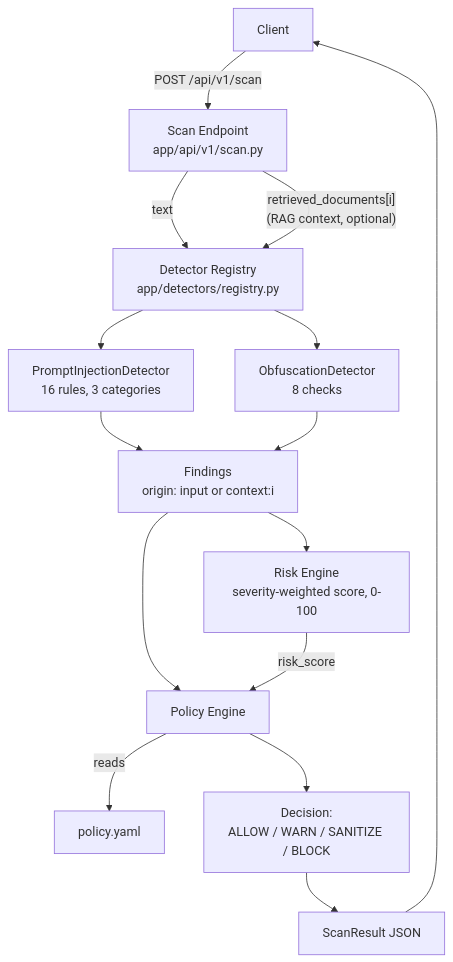
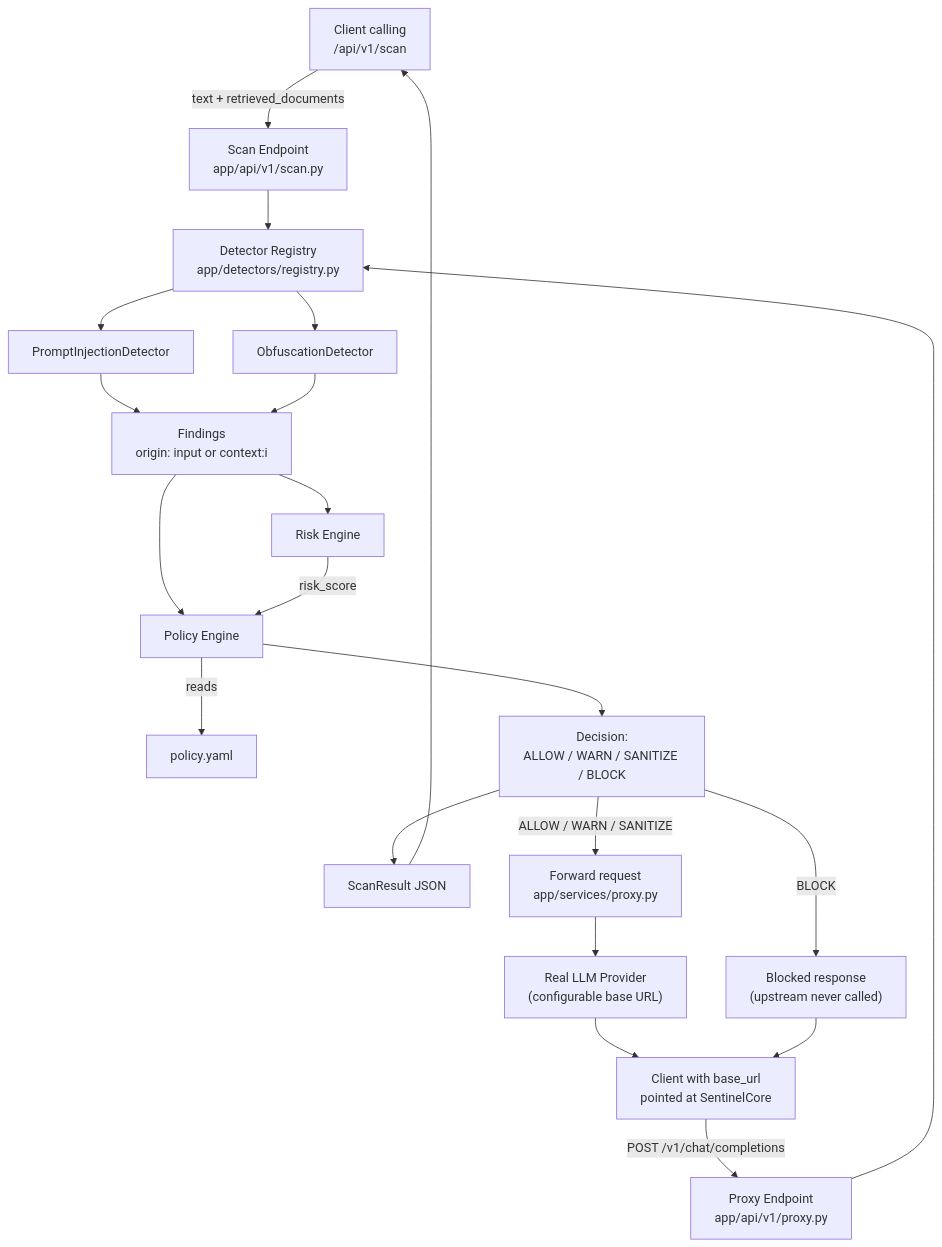
One commit to jaisurya93945/sentinelcore changed the diagram in docs/architecture/README.md. Above: the diagram before and after it, drawn with Mermaid. The commit also changed other lines of this file and 10 other files, not shown here.

````diff
--- a/docs/architecture/README.md
+++ b/docs/architecture/README.md
@@ -7,17 +7,23 @@
 ```mermaid
 flowchart TD
-    Client[Client] -->|POST /api/v1/scan| API["Scan Endpoint<br/>app/api/v1/scan.py"]
-    API -->|text| Registry["Detector Registry<br/>app/detectors/registry.py"]
-    API -->|"retrieved_documents[i]<br/>(RAG context, optional)"| Registry
-    Registry --> PI["PromptInjectionDetector<br/>16 rules, 3 categories"]
-    Registry --> OB["ObfuscationDetector<br/>8 checks"]
+    ScanClient["Client calling<br/>/api/v1/scan"] -->|text + retrieved_documents| ScanAPI["Scan Endpoint<br/>app/api/v1/scan.py"]
+    ProxyClient["Client with base_url<br/>pointed at SentinelCore"] -->|POST /v1/chat/completions| ProxyAPI["Proxy Endpoint<br/>app/api/v1/proxy.py"]
+    ScanAPI --> Registry["Detector Registry<br/>app/detectors/registry.py"]
+    ProxyAPI --> Registry
+    Registry --> PI["PromptInjectionDetector"]
+    Registry --> OB["ObfuscationDetector"]
     PI --> Findings["Findings<br/>origin: input or context:i"]
     OB --> Findings
-    Findings --> Risk["Risk Engine<br/>severity-weighted score, 0-100"]
+    Findings --> Risk["Risk Engine"]
     Findings --> Policy[Policy Engine]
     Risk -->|risk_score| Policy
     Policy -->|reads| YAML[policy.yaml]
     Policy --> Decision["Decision:<br/>ALLOW / WARN / SANITIZE / BLOCK"]
-    Decision --> Response[ScanResult JSON]
-    Response --> Client
+    Decision --> ScanResponse[ScanResult JSON]
+    ScanResponse --> ScanClient
+    Decision -->|BLOCK| BlockResp["Blocked response<br/>(upstream never called)"]
+    Decision -->|"ALLOW / WARN / SANITIZE"| Forward["Forward request<br/>app/services/proxy.py"]
+    Forward --> Upstream["Real LLM Provider<br/>(configurable base URL)"]
+    Upstream --> ProxyClient
+    BlockResp --> ProxyClient
 ```
````
